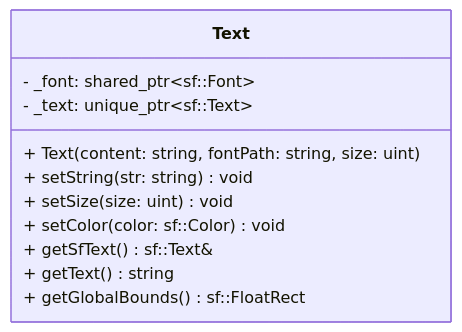
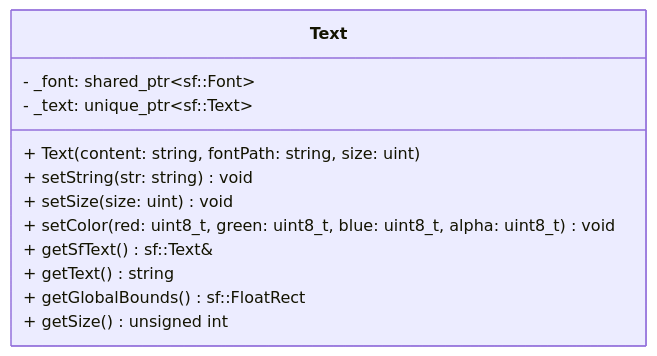
The diagram in docs/ECS/component/Text.md (MYAMBO/R-Type), drawn with Mermaid before and after one commit. The commit also changed other lines of this file, not shown here.

Commit message:
feat(docs): update text component docs

````diff
--- a/docs/ECS/component/Text.md
+++ b/docs/ECS/component/Text.md
@@ -41,14 +42,15 @@
 ```mermaid
 classDiagram
   class Text {
     - _font: shared_ptr~sf::Font~
     - _text: unique_ptr~sf::Text~
     + Text(content: string, fontPath: string, size: uint)
     + setString(str: string) void
     + setSize(size: uint) void
-    + setColor(color: sf::Color) void
+    + setColor(red: uint8_t, green: uint8_t, blue: uint8_t, alpha: uint8_t) void
     + getSfText() sf::Text&
     + getText() string
     + getGlobalBounds() sf::FloatRect
+    + getSize() unsigned int
   }
 ```
````
